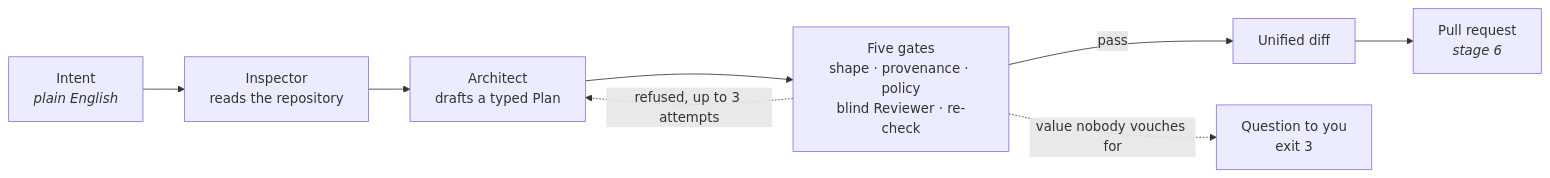
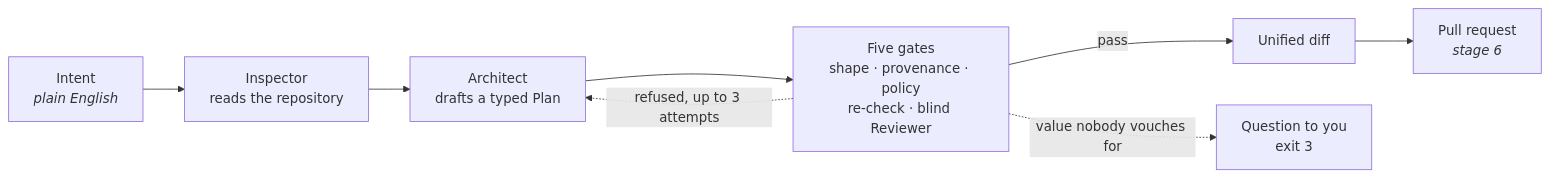
Before and after one commit to pcaboor/idp-agent: the diagram in README.md, drawn with Mermaid. The commit also changed other lines of this file and 28 other files, not shown here.

````diff
--- a/README.md
+++ b/README.md
@@ -245,10 +245,10 @@
 ```mermaid
 flowchart LR
     I["Intent<br/><i>plain English</i>"] --> INS["Inspector<br/>reads the repository"]
     INS --> A["Architect<br/>drafts a typed Plan"]
-    A --> G["Five gates<br/>shape · provenance · policy<br/>blind Reviewer · re-check"]
+    A --> G["Five gates<br/>shape · provenance · policy<br/>re-check · blind Reviewer"]
     G -- pass --> D["Unified diff"]
     D --> PR["Pull request<br/><i>stage 6</i>"]
     G -. refused, up to 3 attempts .-> A
     G -. value nobody vouches for .-> Q["Question to you<br/>exit 3"]
 ```
````
